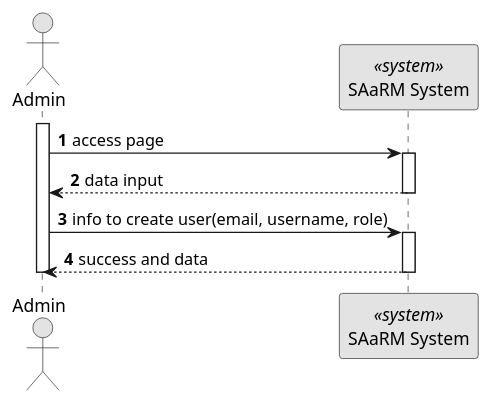
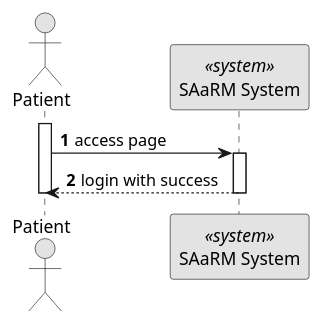
The diagram in docs/BackofficeModule/6.2.5/sequence-diagram-1.puml (Ana-Miguel-Silva/SurgicalAppointmentAndResourceManagement), drawn with PlantUML before and after one commit. The commit also changed 27 other files, not shown here.

```diff
--- a/docs/BackofficeModule/6.2.5/sequence-diagram-1.puml
+++ b/docs/BackofficeModule/6.2.5/sequence-diagram-1.puml
@@ -1,26 +1,23 @@
-@startuml 5.1.1
+@startuml 5.1.7
 skinparam monochrome true
 skinparam packageStyle rectangle
 skinparam shadowing false
 
 autonumber
 
-actor "Admin" as AD
+actor "Patient" as AD
 participant "SAaRM System" as SYS <<system>>
 
 activate AD
 AD -> SYS: access page
+
 activate SYS
-SYS --> AD : data input
-deactivate SYS
-AD -> SYS : info to create user(email, username, role)
-activate SYS
-SYS --> AD : success and data
+SYS --> AD : login with success
 
 deactivate SYS
 
 deactivate AD
 
 
 
 @enduml
```
